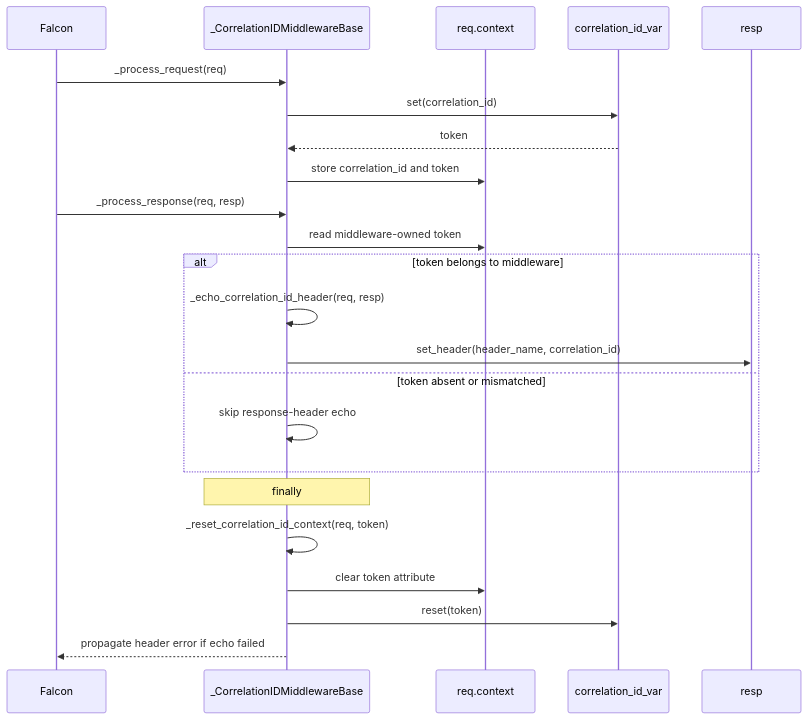
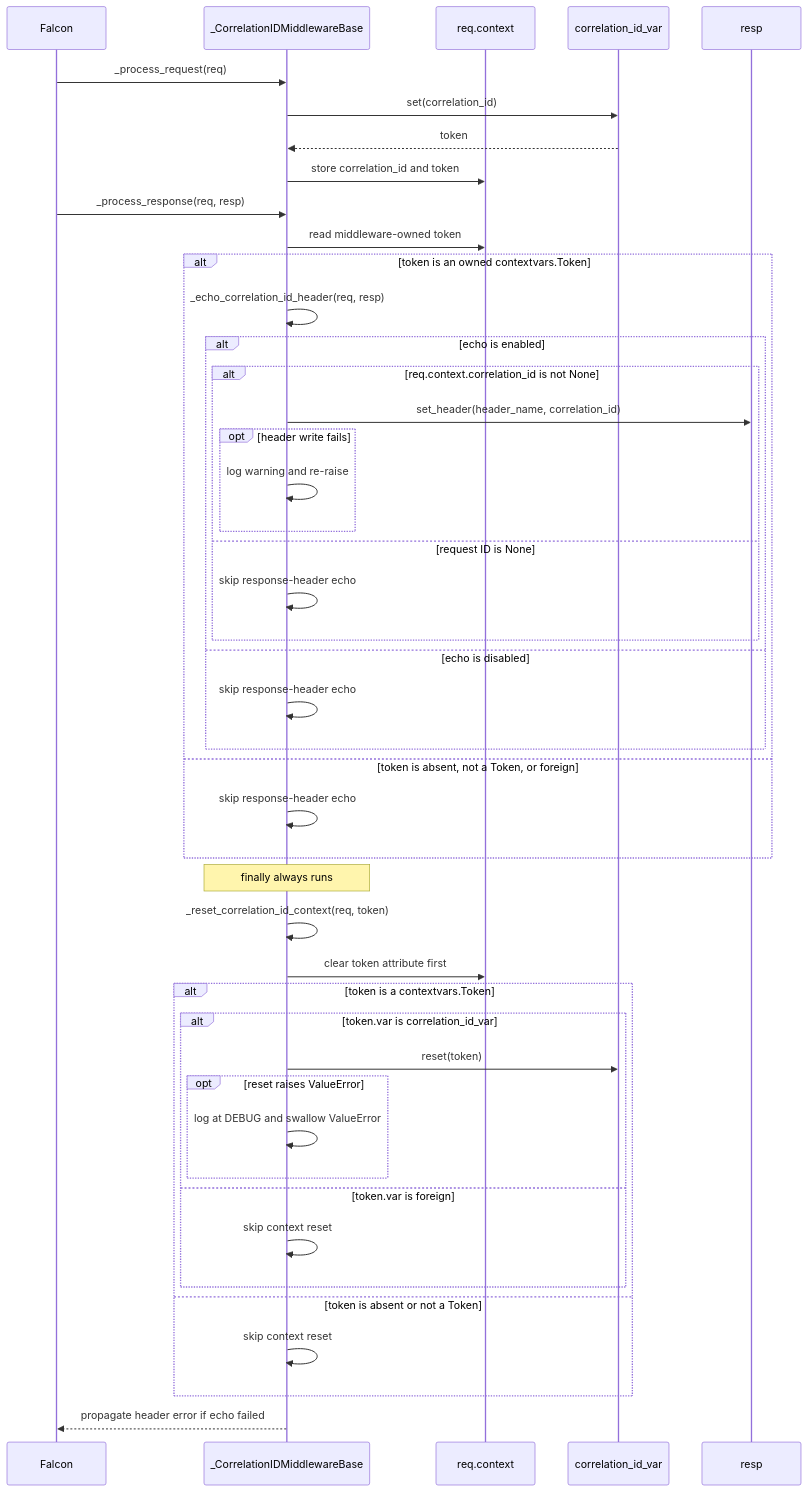
Before and after one commit to leynos/falcon-correlate: the third of 5 diagrams in docs/falcon-correlation-id-middleware-design.md, drawn with Mermaid. The commit also changed other lines of this file, not shown here.

Commit message:
Clarify diagram lifecycle guards
Show the echo and reset guards that constrain the sequence
diagram, including request-local cleanup ordering and the handled
reset failure path.

````diff
--- a/docs/falcon-correlation-id-middleware-design.md
+++ b/docs/falcon-correlation-id-middleware-design.md
@@ -959,26 +960,48 @@
 ```mermaid
 sequenceDiagram
     participant Falcon
     participant Middleware as _CorrelationIDMiddlewareBase
     participant Request as req.context
     participant Context as correlation_id_var
     participant Response as resp
 
     Falcon->>Middleware: _process_request(req)
     Middleware->>Context: set(correlation_id)
     Context-->>Middleware: token
     Middleware->>Request: store correlation_id and token
     Falcon->>Middleware: _process_response(req, resp)
     Middleware->>Request: read middleware-owned token
-    alt token belongs to middleware
+    alt token is an owned contextvars.Token
         Middleware->>Middleware: _echo_correlation_id_header(req, resp)
-        Middleware->>Response: set_header(header_name, correlation_id)
-    else token absent or mismatched
+        alt echo is enabled
+            alt req.context.correlation_id is not None
+                Middleware->>Response: set_header(header_name, correlation_id)
+                opt header write fails
+                    Middleware->>Middleware: log warning and re-raise
+                end
+            else request ID is None
+                Middleware->>Middleware: skip response-header echo
+            end
+        else echo is disabled
+            Middleware->>Middleware: skip response-header echo
+        end
+    else token is absent, not a Token, or foreign
         Middleware->>Middleware: skip response-header echo
     end
-    Note over Middleware: finally
+    Note over Middleware: finally always runs
     Middleware->>Middleware: _reset_correlation_id_context(req, token)
-    Middleware->>Request: clear token attribute
-    Middleware->>Context: reset(token)
+    Middleware->>Request: clear token attribute first
+    alt token is a contextvars.Token
+        alt token.var is correlation_id_var
+            Middleware->>Context: reset(token)
+            opt reset raises ValueError
+                Middleware->>Middleware: log at DEBUG and swallow ValueError
+            end
+        else token.var is foreign
+            Middleware->>Middleware: skip context reset
+        end
+    else token is absent or not a Token
+        Middleware->>Middleware: skip context reset
+    end
     Middleware-->>Falcon: propagate header error if echo failed
 ```
````
